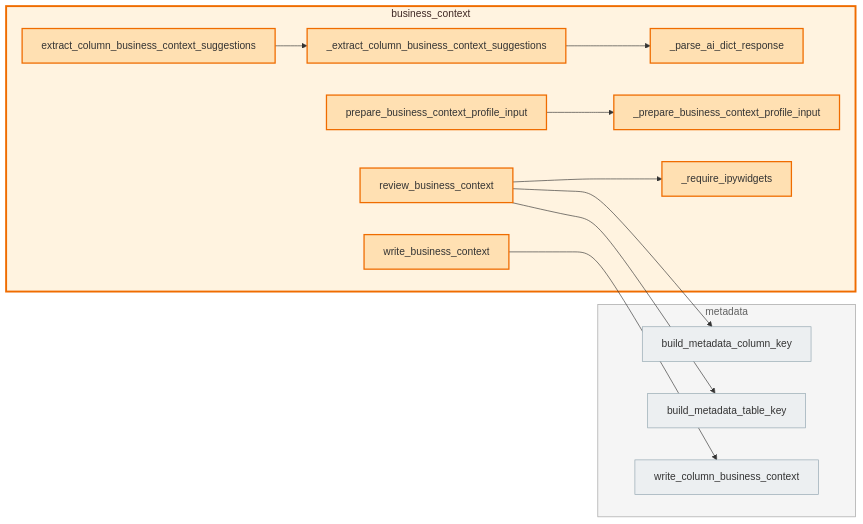
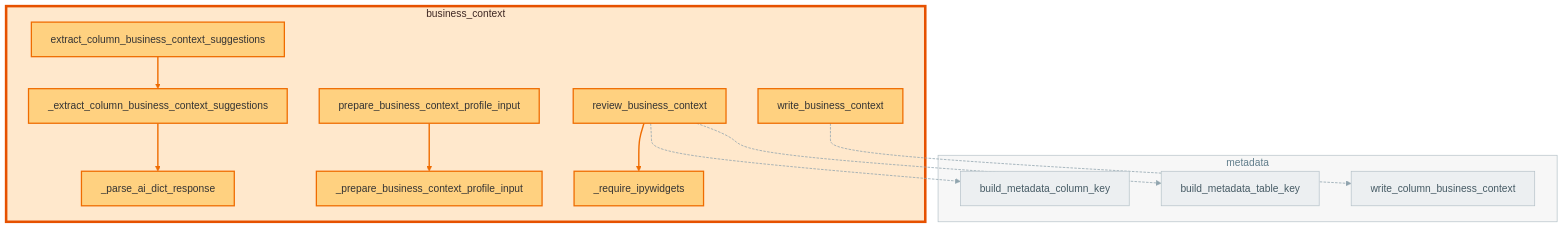
The diagram in docs/api/modules/business_context.md (Voycepeh/FabricOps-Starter-Kit), drawn with Mermaid before and after one commit. The commit also changed other lines of this file and 13 other files, not shown here.

Commit message:
Polish grouped callable diagrams visual hierarchy and noise reduction

````diff
--- a/docs/api/modules/business_context.md
+++ b/docs/api/modules/business_context.md
@@ -112,33 +112,35 @@
 ```mermaid
-flowchart LR
-  classDef currentModule fill:#fff3e0,stroke:#ef6c00,stroke-width:3px,color:#3e2723;
-  classDef externalModule fill:#f5f5f5,stroke:#9e9e9e,stroke-width:1px,color:#616161;
-  classDef currentCallable fill:#ffe0b2,stroke:#ef6c00,stroke-width:2px;
-  classDef externalCallable fill:#eceff1,stroke:#90a4ae,stroke-width:1px;
+flowchart TB
+  classDef currentModule fill:#ffe8cc,stroke:#e65100,stroke-width:4px,color:#3e2723;
+  classDef externalModule fill:#f7f7f7,stroke:#b0bec5,stroke-width:1px,color:#607d8b;
+  classDef currentCallable fill:#ffd180,stroke:#ef6c00,stroke-width:2px;
+  classDef externalCallable fill:#eceff1,stroke:#b0bec5,stroke-width:1px,color:#455a64;
   subgraph m_business_context[business_context]
     fabricops_kit_business_context__extract_column_business_context_suggestions["_extract_column_business_context_suggestions"]
     fabricops_kit_business_context__parse_ai_dict_response["_parse_ai_dict_response"]
     fabricops_kit_business_context__prepare_business_context_profile_input["_prepare_business_context_profile_input"]
     fabricops_kit_business_context__require_ipywidgets["_require_ipywidgets"]
     fabricops_kit_business_context_extract_column_business_context_suggestions["extract_column_business_context_suggestions"]
     fabricops_kit_business_context_prepare_business_context_profile_input["prepare_business_context_profile_input"]
     fabricops_kit_business_context_review_business_context["review_business_context"]
     fabricops_kit_business_context_write_business_context["write_business_context"]
   end
   subgraph m_metadata[metadata]
     fabricops_kit_metadata_build_metadata_column_key["build_metadata_column_key"]
     fabricops_kit_metadata_build_metadata_table_key["build_metadata_table_key"]
     fabricops_kit_metadata_write_column_business_context["write_column_business_context"]
   end
   fabricops_kit_business_context__extract_column_business_context_suggestions --> fabricops_kit_business_context__parse_ai_dict_response
   fabricops_kit_business_context_extract_column_business_context_suggestions --> fabricops_kit_business_context__extract_column_business_context_suggestions
   fabricops_kit_business_context_prepare_business_context_profile_input --> fabricops_kit_business_context__prepare_business_context_profile_input
   fabricops_kit_business_context_review_business_context --> fabricops_kit_business_context__require_ipywidgets
   fabricops_kit_business_context_review_business_context --> fabricops_kit_metadata_build_metadata_column_key
   fabricops_kit_business_context_review_business_context --> fabricops_kit_metadata_build_metadata_table_key
   fabricops_kit_business_context_write_business_context --> fabricops_kit_metadata_write_column_business_context
+  linkStyle 0,1,2,3 stroke:#ef6c00,stroke-width:2.2px;
+  linkStyle 4,5,6 stroke:#90a4ae,stroke-width:1.2px,stroke-dasharray: 4 2;
   class m_business_context currentModule;
   class m_metadata externalModule;
   class fabricops_kit_business_context__extract_column_business_context_suggestions,fabricops_kit_business_context__parse_ai_dict_response,fabricops_kit_business_context__prepare_business_context_profile_input,fabricops_kit_business_context__require_ipywidgets,fabricops_kit_business_context_extract_column_business_context_suggestions,fabricops_kit_business_context_prepare_business_context_profile_input,fabricops_kit_business_context_review_business_context,fabricops_kit_business_context_write_business_context currentCallable;
   class fabricops_kit_metadata_build_metadata_column_key,fabricops_kit_metadata_build_metadata_table_key,fabricops_kit_metadata_write_column_business_context externalCallable;
 ```
````
